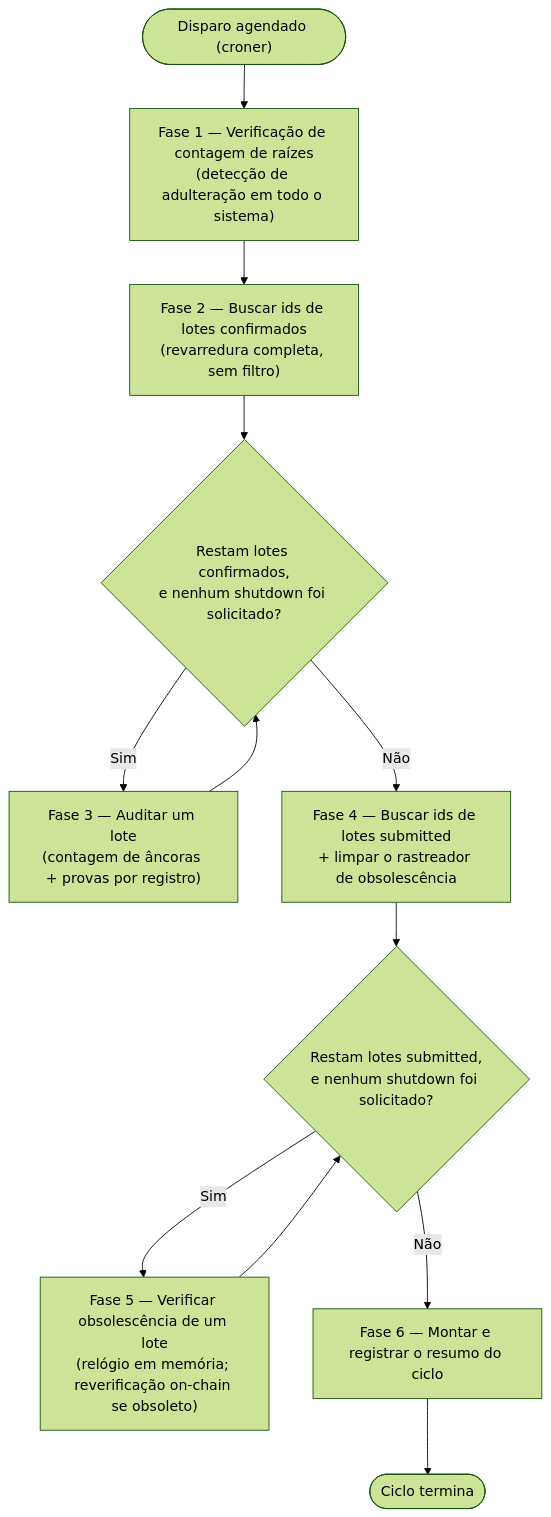
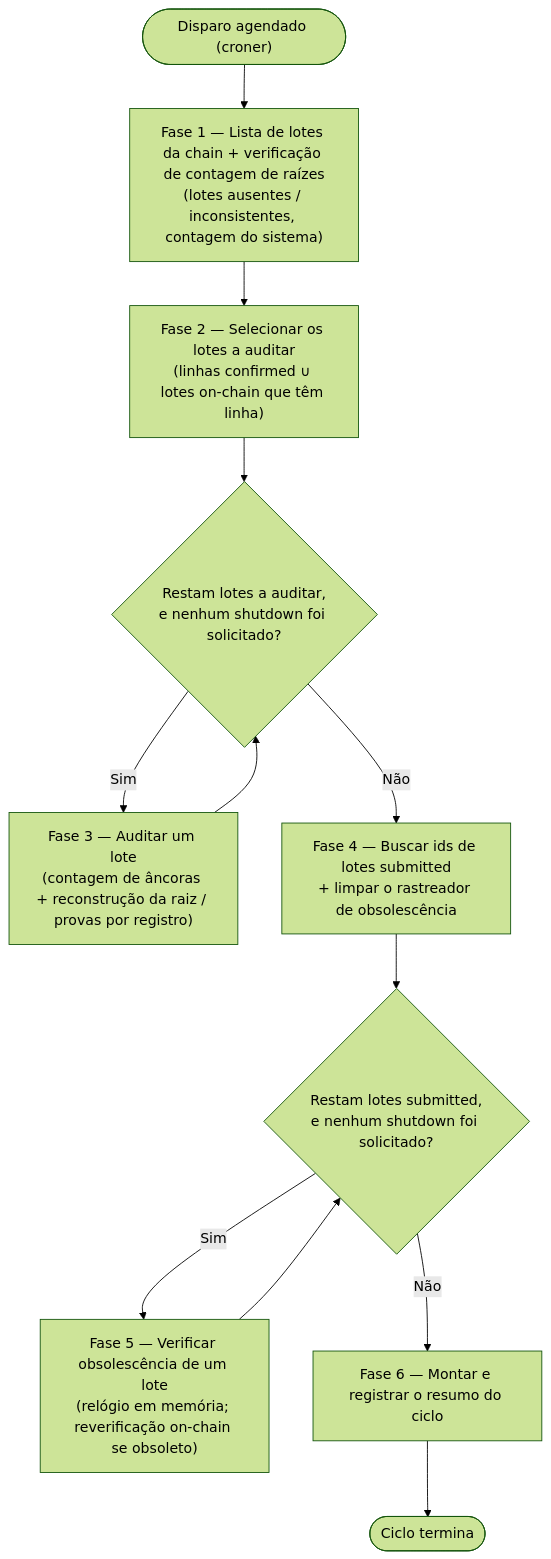
Before and after one commit to DanielCorbellini/madis: the diagram in docs/pt-br/MONITOR_SERVICE_EXECUTION_CYCLE.md, drawn with Mermaid (forest theme). The commit also changed other lines of this file and 6 other files, not shown here.

Commit message:
docs: bring the anchor, monitor and architecture docs up to date with the code (en and pt-br)

````diff
--- a/docs/pt-br/MONITOR_SERVICE_EXECUTION_CYCLE.md
+++ b/docs/pt-br/MONITOR_SERVICE_EXECUTION_CYCLE.md
@@ -57,14 +59,14 @@
 ```mermaid
 flowchart TD
-    Start(["Disparo agendado (croner)"]) --> P1["Fase 1 — Verificação de contagem de raízes<br/>(detecção de adulteração em todo o sistema)"]
-    P1 --> P2["Fase 2 — Buscar ids de lotes confirmados<br/>(revarredura completa, sem filtro)"]
-    P2 --> D1{"Restam lotes confirmados,<br/>e nenhum shutdown foi solicitado?"}
-    D1 -- Sim --> P3["Fase 3 — Auditar um lote<br/>(contagem de âncoras + provas por registro)"]
+    Start(["Disparo agendado (croner)"]) --> P1["Fase 1 — Lista de lotes da chain + verificação de contagem de raízes<br/>(lotes ausentes / inconsistentes, contagem do sistema)"]
+    P1 --> P2["Fase 2 — Selecionar os lotes a auditar<br/>(linhas confirmed ∪ lotes on-chain que têm linha)"]
+    P2 --> D1{"Restam lotes a auditar,<br/>e nenhum shutdown foi solicitado?"}
+    D1 -- Sim --> P3["Fase 3 — Auditar um lote<br/>(contagem de âncoras + reconstrução da raiz / provas por registro)"]
     P3 --> D1
     D1 -- Não --> P4["Fase 4 — Buscar ids de lotes submitted<br/>+ limpar o rastreador de obsolescência"]
     P4 --> D2{"Restam lotes submitted,<br/>e nenhum shutdown foi solicitado?"}
     D2 -- Sim --> P5["Fase 5 — Verificar obsolescência de um lote<br/>(relógio em memória; reverificação on-chain se obsoleto)"]
     P5 --> D2
     D2 -- Não --> P6["Fase 6 — Montar e registrar o resumo do ciclo"]
     P6 --> End(["Ciclo termina"])
 ```
````
